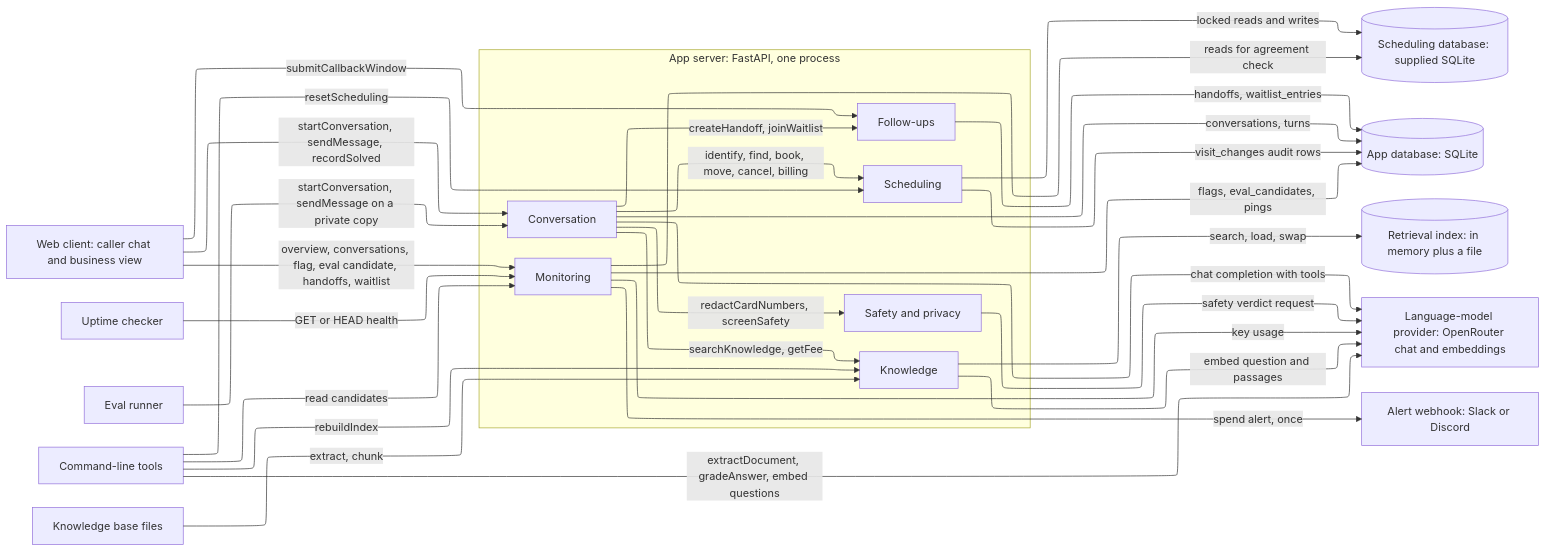
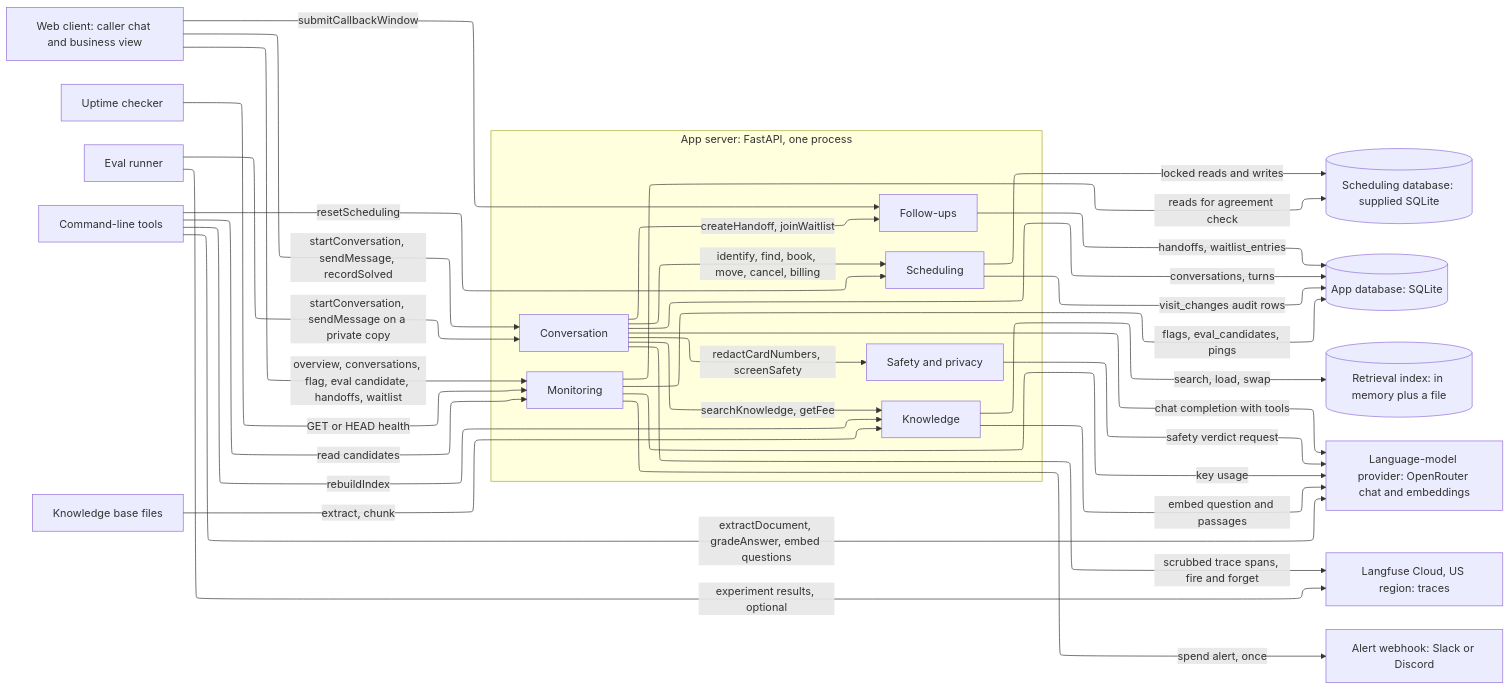
One commit to ThinkBuildMake/aea-fde-challenge changed the first of 11 diagrams in docs/ARCHITECTURE.md. Above: the diagram before and after it, drawn with Mermaid. The commit also changed other lines of this file and 5 other files, not shown here.

````diff
--- a/docs/ARCHITECTURE.md
+++ b/docs/ARCHITECTURE.md
@@ -7,48 +7,51 @@
 ```mermaid
 %%{init: {"layout": "elk", "flowchart": {"nodeSpacing": 40, "rankSpacing": 60}}}%%
 flowchart LR
   client["Web client: caller chat and business view"]
   uptime["Uptime checker"]
   evalr["Eval runner"]
   cli["Command-line tools"]
   kb["Knowledge base files"]
   subgraph app["App server: FastAPI, one process"]
     conv["Conversation"]
     safety["Safety and privacy"]
     know["Knowledge"]
     sched["Scheduling"]
     fup["Follow-ups"]
     mon["Monitoring"]
   end
   sdb[("Scheduling database: supplied SQLite")]
   adb[("App database: SQLite")]
   idx[("Retrieval index: in memory plus a file")]
   llm["Language-model provider: OpenRouter chat and embeddings"]
+  lf["Langfuse Cloud, US region: traces"]
   chatops["Alert webhook: Slack or Discord"]
   client -->|startConversation, sendMessage, recordSolved| conv
   client -->|submitCallbackWindow| fup
   client -->|overview, conversations, flag, eval candidate, handoffs, waitlist| mon
   uptime -->|GET or HEAD health| mon
   evalr -->|startConversation, sendMessage on a private copy| conv
   cli -->|rebuildIndex| know
   cli -->|resetScheduling| sched
   cli -->|read candidates| mon
   cli -->|extractDocument, gradeAnswer, embed questions| llm
   kb -->|extract, chunk| know
   conv -->|redactCardNumbers, screenSafety| safety
   conv -->|searchKnowledge, getFee| know
   conv -->|identify, find, book, move, cancel, billing| sched
   conv -->|createHandoff, joinWaitlist| fup
   conv -->|chat completion with tools| llm
   safety -->|safety verdict request| llm
   know -->|embed question and passages| llm
   know -->|search, load, swap| idx
   mon -->|key usage| llm
+  conv -->|scrubbed trace spans, fire and forget| lf
+  evalr -->|experiment results, optional| lf
   mon -->|spend alert, once| chatops
   sched -->|locked reads and writes| sdb
   sched -->|visit_changes audit rows| adb
   mon -->|reads for agreement check| sdb
   conv -->|conversations, turns| adb
   fup -->|handoffs, waitlist_entries| adb
   mon -->|flags, eval_candidates, pings| adb
 ```
````
